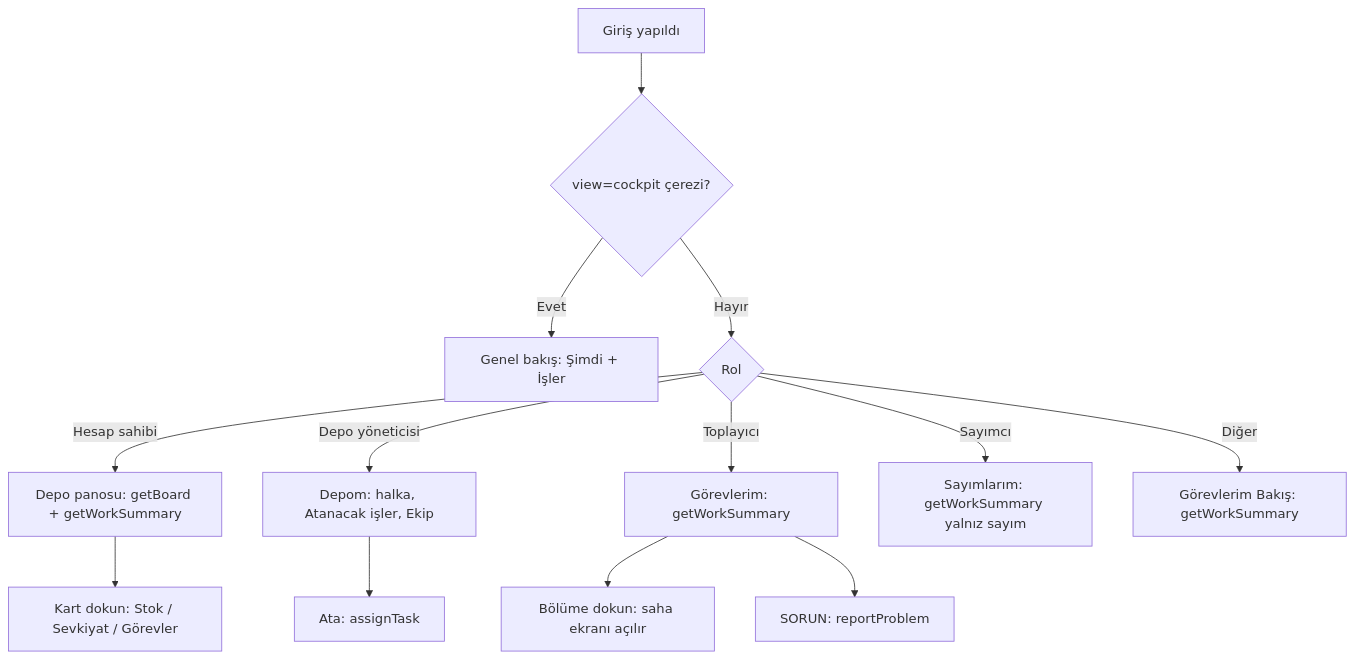
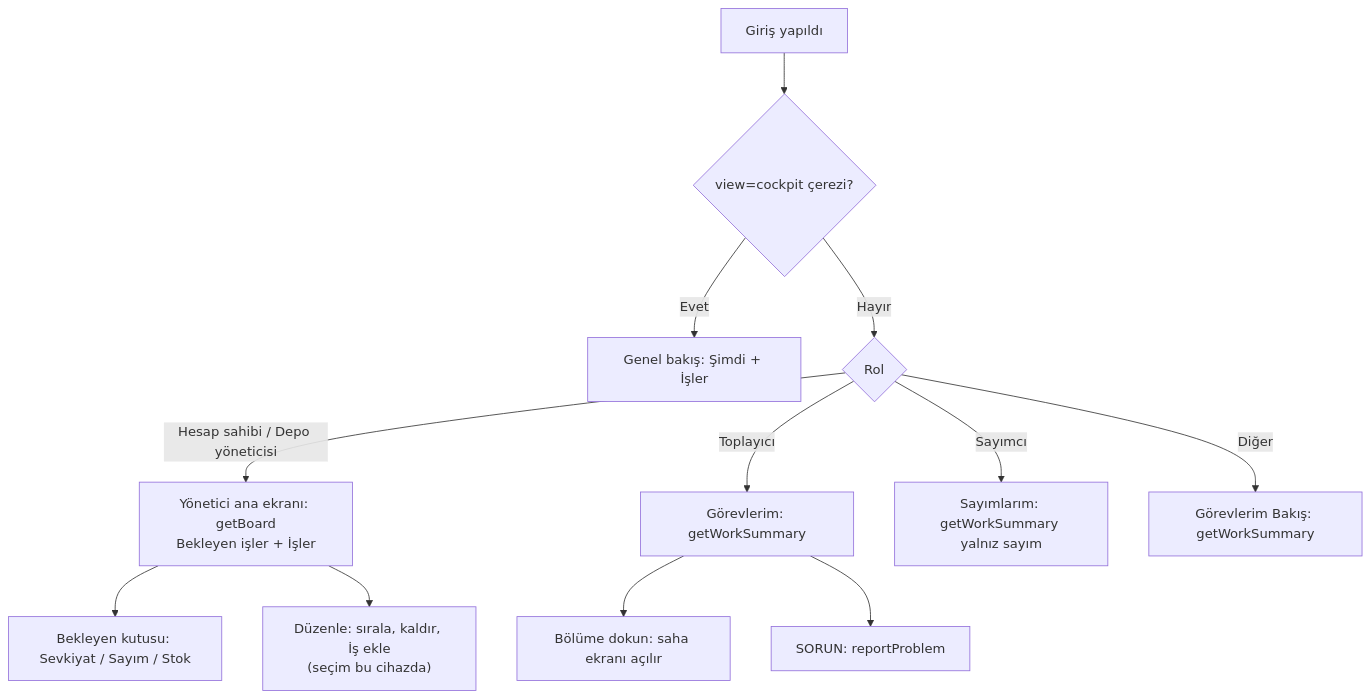
One commit to shosgoren/EtkinWMS changed the second of 13 diagrams in docs/fonksiyonel-mimari/02c-depo-operasyonlari.md. Above: the diagram before and after it, drawn with Mermaid. The commit also changed other lines of this file and 15 other files, not shown here.

````diff
--- a/docs/fonksiyonel-mimari/02c-depo-operasyonlari.md
+++ b/docs/fonksiyonel-mimari/02c-depo-operasyonlari.md
@@ -185,15 +190,14 @@
 ```mermaid
 flowchart TD
   G[Giriş yapıldı] --> V{view=cockpit çerezi?}
   V -- Evet --> K[Genel bakış: Şimdi + İşler]
   V -- Hayır --> R{Rol}
-  R -- Hesap sahibi --> P[Depo panosu: getBoard + getWorkSummary]
-  R -- Depo yöneticisi --> M[Depom: halka, Atanacak işler, Ekip]
+  R -- "Hesap sahibi / Depo yöneticisi" --> P["Yönetici ana ekranı: getBoard<br/>Bekleyen işler + İşler"]
   R -- Toplayıcı --> H[Görevlerim: getWorkSummary]
   R -- Sayımcı --> S[Sayımlarım: getWorkSummary yalnız sayım]
   R -- Diğer --> E[Görevlerim Bakış: getWorkSummary]
-  P --> A1[Kart dokun: Stok / Sevkiyat / Görevler]
-  M --> A2[Ata: assignTask]
+  P --> A1[Bekleyen kutusu: Sevkiyat / Sayım / Stok]
+  P --> A2["Düzenle: sırala, kaldır, İş ekle<br/>(seçim bu cihazda)"]
   H --> B1[Bölüme dokun: saha ekranı açılır]
   H --> B2[SORUN: reportProblem]
 ```
````
